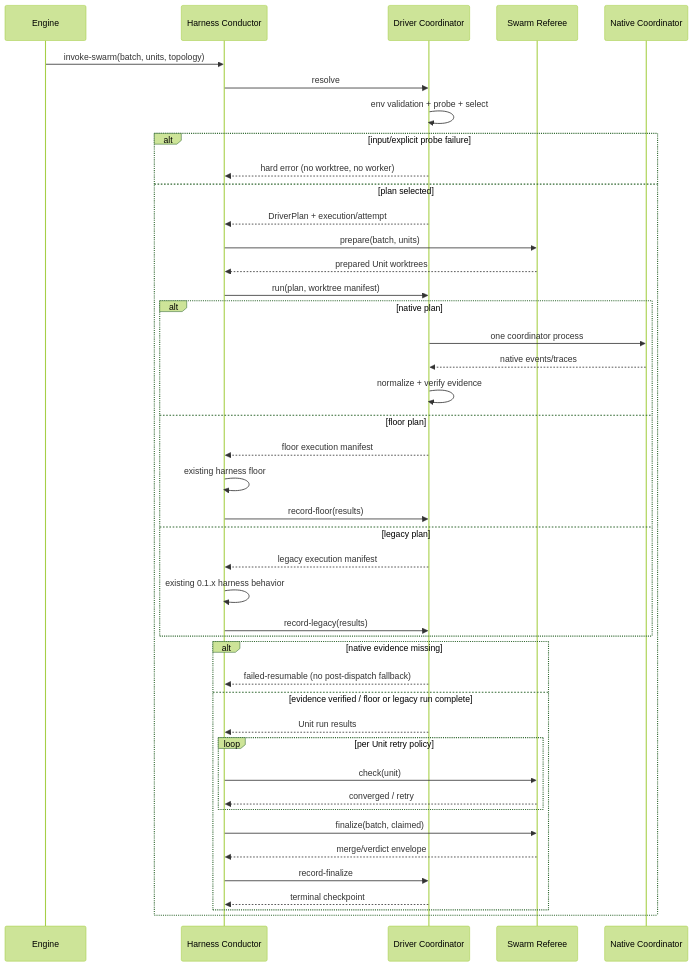
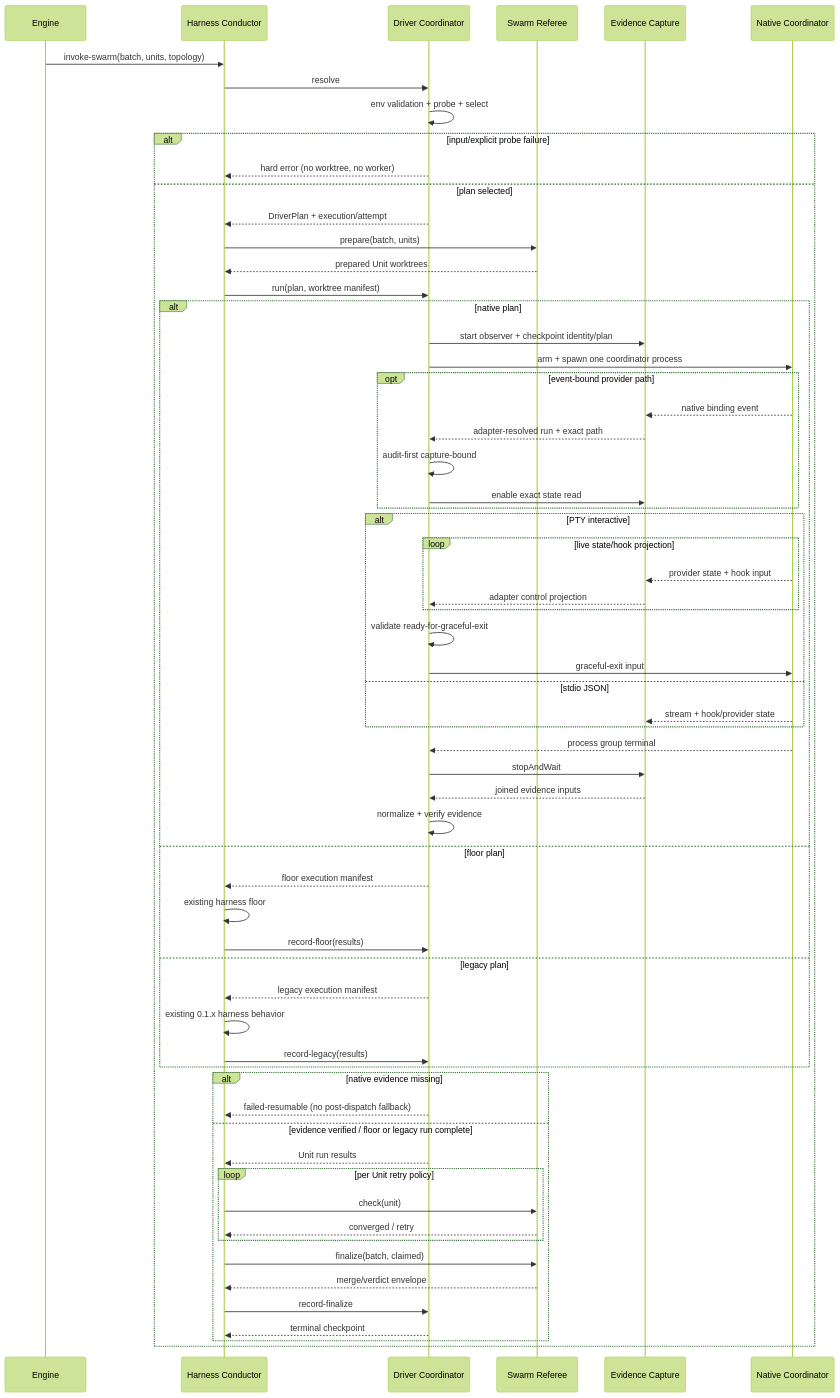
The first of 2 diagrams in amadeus/spaces/default/intents/260713-swarm-driver-migration/inception/application-design/services.md (amadeus-dlc/amadeus), drawn with Mermaid (forest theme) before and after one commit. The commit also changed other lines of this file and 64 other files, not shown here.

````diff
--- a/amadeus/spaces/default/intents/260713-swarm-driver-migration/inception/application-design/services.md
+++ b/amadeus/spaces/default/intents/260713-swarm-driver-migration/inception/application-design/services.md
@@ -22,46 +22,66 @@
 ```mermaid
 sequenceDiagram
   participant E as Engine
   participant H as Harness Conductor
   participant D as Driver Coordinator
   participant R as Swarm Referee
+  participant C as Evidence Capture
   participant P as Native Coordinator
 
   E->>H: invoke-swarm(batch, units, topology)
   H->>D: resolve
   D->>D: env validation + probe + select
   alt input/explicit probe failure
     D-->>H: hard error (no worktree, no worker)
   else plan selected
     D-->>H: DriverPlan + execution/attempt
     H->>R: prepare(batch, units)
     R-->>H: prepared Unit worktrees
     H->>D: run(plan, worktree manifest)
     alt native plan
-      D->>P: one coordinator process
-      P-->>D: native events/traces
+      D->>C: start observer + checkpoint identity/plan
+      D->>P: arm + spawn one coordinator process
+      opt event-bound provider path
+        P-->>C: native binding event
+        C-->>D: adapter-resolved run + exact path
+        D->>D: audit-first capture-bound
+        D->>C: enable exact state read
+      end
+      alt PTY interactive
+        loop live state/hook projection
+          P-->>C: provider state + hook input
+          C-->>D: adapter control projection
+        end
+        D->>D: validate ready-for-graceful-exit
+        D->>P: graceful-exit input
+      else stdio JSON
+        P-->>C: stream + hook/provider state
+      end
+      P-->>D: process group terminal
+      D->>C: stopAndWait
+      C-->>D: joined evidence inputs
       D->>D: normalize + verify evidence
     else floor plan
       D-->>H: floor execution manifest
       H->>H: existing harness floor
       H->>D: record-floor(results)
     else legacy plan
       D-->>H: legacy execution manifest
       H->>H: existing 0.1.x harness behavior
       H->>D: record-legacy(results)
     end
     alt native evidence missing
       D-->>H: failed-resumable (no post-dispatch fallback)
     else evidence verified / floor or legacy run complete
       D-->>H: Unit run results
       loop per Unit retry policy
         H->>R: check(unit)
         R-->>H: converged / retry
       end
       H->>R: finalize(batch, claimed)
       R-->>H: merge/verdict envelope
       H->>D: record-finalize
       D-->>H: terminal checkpoint
     end
   end
 ```
````
